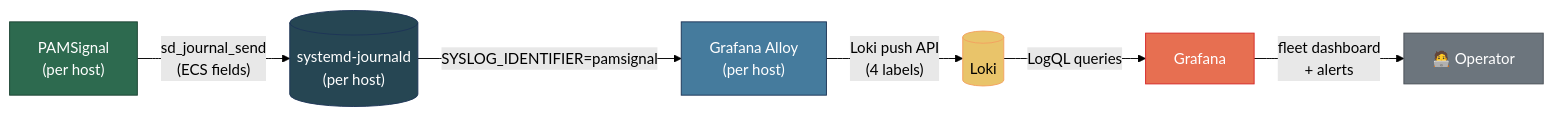
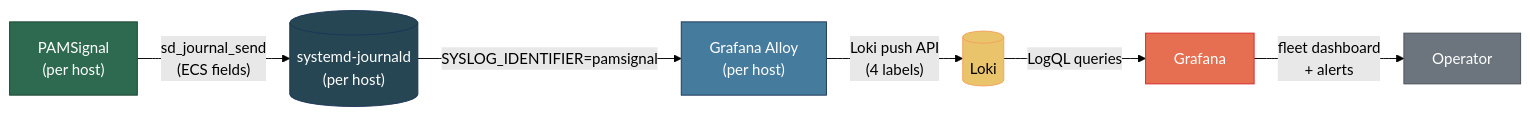
The diagram in docs/grafana-integration.md (anhtuank7c/pamsignal), drawn with Mermaid (forest theme) before and after one commit. The commit also changed other lines of this file and 137 other files, not shown here.

````diff
--- a/docs/grafana-integration.md
+++ b/docs/grafana-integration.md
@@ -11,22 +11,22 @@
 ```mermaid
 graph LR
     pamsignal["PAMSignal<br/>(per host)"]
     journald[("systemd-journald<br/>(per host)")]
     alloy["Grafana Alloy<br/>(per host)"]
     loki[("Loki")]
     grafana["Grafana"]
-    operator["🧑‍💻 Operator"]
+    operator["Operator"]
 
     pamsignal -- "sd_journal_send<br/>(ECS fields)" --> journald
     journald -- "SYSLOG_IDENTIFIER=pamsignal" --> alloy
     alloy -- "Loki push API<br/>(4 labels)" --> loki
     loki -- "LogQL queries" --> grafana
     grafana -- "fleet dashboard<br/>+ alerts" --> operator
 
     style pamsignal fill:#2d6a4f,stroke:#1b4332,color:#fff
     style journald fill:#264653,stroke:#1d3557,color:#fff
     style alloy fill:#457b9d,stroke:#1d3557,color:#fff
     style loki fill:#e9c46a,stroke:#f4a261,color:#000
     style grafana fill:#e76f51,stroke:#d62828,color:#fff
     style operator fill:#6c757d,stroke:#495057,color:#fff
 ```
````
